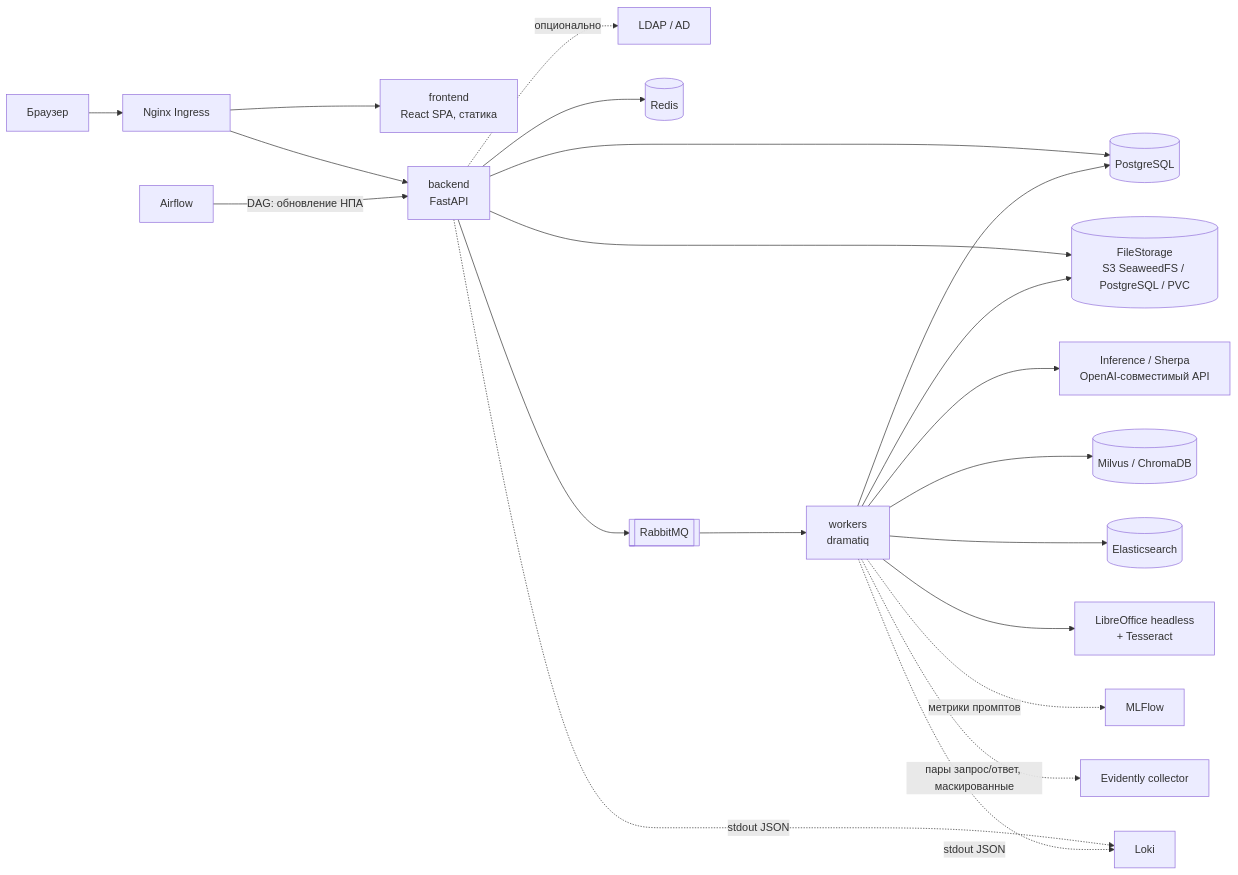
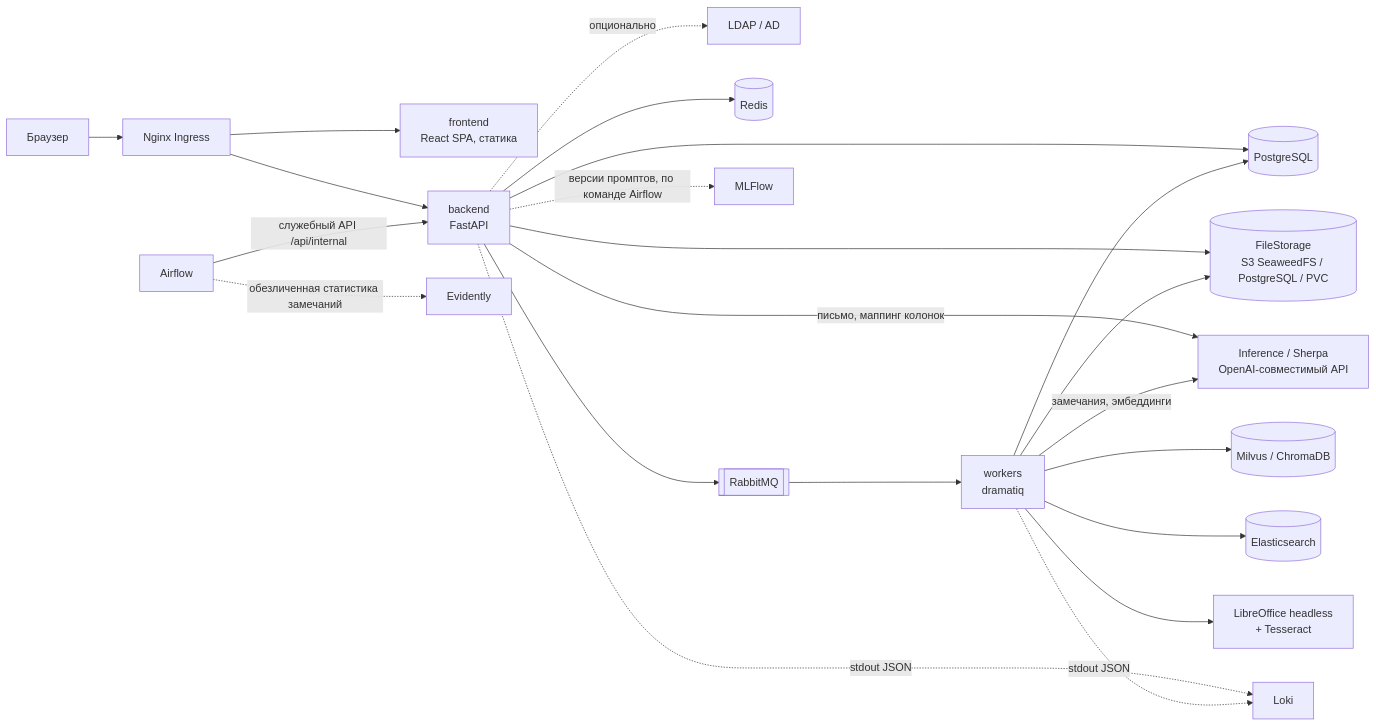
Before and after one commit to Fgeeha/gosdoc-assistant: the first of 5 diagrams in docs/architecture.md, drawn with Mermaid. The commit also changed other lines of this file and 3 other files, not shown here.

````diff
--- a/docs/architecture.md
+++ b/docs/architecture.md
@@ -34,22 +35,23 @@
 ```mermaid
 flowchart LR
     U[Браузер] --> NG[Nginx Ingress]
     NG --> FE[frontend<br/>React SPA, статика]
     NG --> API[backend<br/>FastAPI]
     API -.опционально.-> LD[LDAP / AD]
     API --> PG[(PostgreSQL)]
     API --> RD[(Redis)]
     API --> MQ[[RabbitMQ]]
     API --> FS[(FileStorage<br/>S3 SeaweedFS / PostgreSQL / PVC)]
+    API -->|письмо, маппинг колонок| LLM[Inference / Sherpa<br/>OpenAI-совместимый API]
     MQ --> W[workers<br/>dramatiq]
     W --> PG
     W --> FS
-    W --> LLM[Inference / Sherpa<br/>OpenAI-совместимый API]
+    W -->|замечания, эмбеддинги| LLM
     W --> VEC[(Milvus / ChromaDB)]
     W --> ES[(Elasticsearch)]
     W --> LO[LibreOffice headless<br/>+ Tesseract]
-    AF[Airflow] -->|DAG: обновление НПА| API
-    W -.метрики промптов.-> MLF[MLFlow]
-    W -.пары запрос/ответ, маскированные.-> EV[Evidently collector]
+    AF[Airflow] -->|служебный API /api/internal| API
+    API -.версии промптов, по команде Airflow.-> MLF[MLFlow]
+    AF -.обезличенная статистика замечаний.-> EV[Evidently]
     API & W -.stdout JSON.-> LK[Loki]
 ```
````
